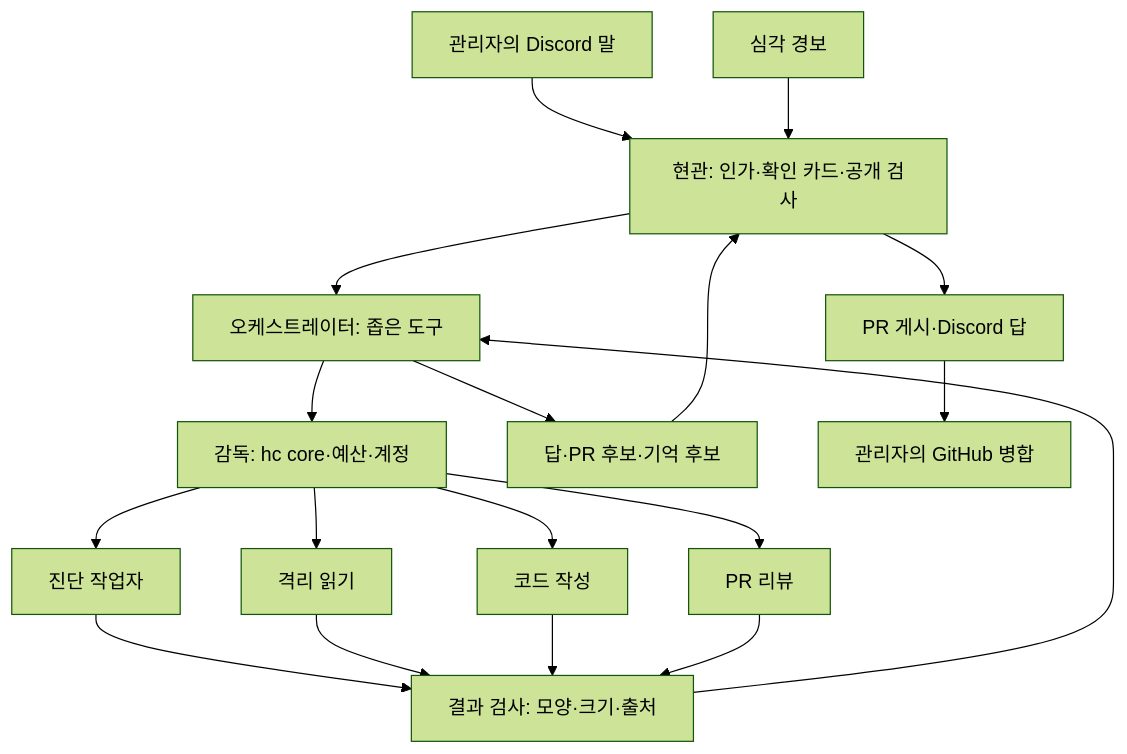
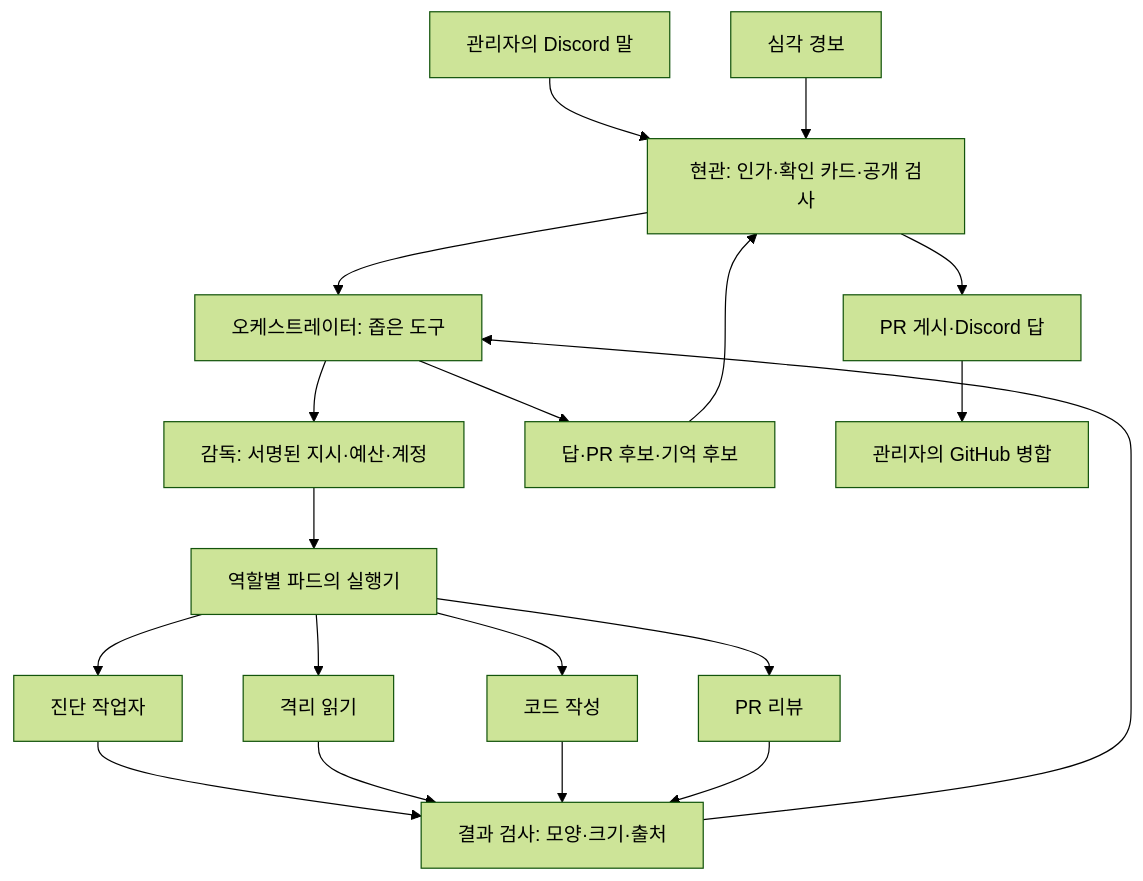
One commit to ukyi-app/homelab changed the first of 2 diagrams in docs/plans/2026-11-13-olive/spec.md. Above: the diagram before and after it, drawn with Mermaid (forest theme). The commit also changed other lines of this file and 12 other files, not shown here.

````diff
--- a/docs/plans/2026-11-13-olive/spec.md
+++ b/docs/plans/2026-11-13-olive/spec.md
@@ -76,17 +79,18 @@
 ```mermaid
 flowchart TD
     D[관리자의 Discord 말] --> F[현관: 인가·확인 카드·공개 검사]
     A[심각 경보] --> F
     F --> O[오케스트레이터: 좁은 도구]
-    O --> S[감독: hc core·예산·계정]
-    S --> W1[진단 작업자]
-    S --> W2[격리 읽기]
-    S --> W3[코드 작성]
-    S --> W4[PR 리뷰]
+    O --> S[감독: 서명된 지시·예산·계정]
+    S --> X[역할별 파드의 실행기]
+    X --> W1[진단 작업자]
+    X --> W2[격리 읽기]
+    X --> W3[코드 작성]
+    X --> W4[PR 리뷰]
     W1 & W2 & W3 & W4 --> V[결과 검사: 모양·크기·출처]
     V --> O
     O --> P[답·PR 후보·기억 후보]
     P --> F
     F --> G[PR 게시·Discord 답]
     G --> M[관리자의 GitHub 병합]
 ```
````
